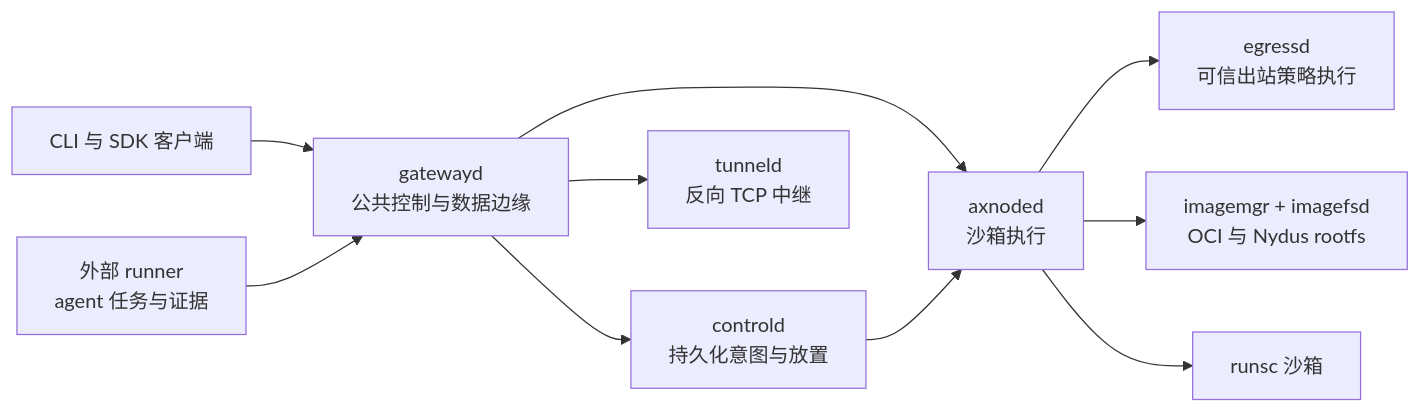
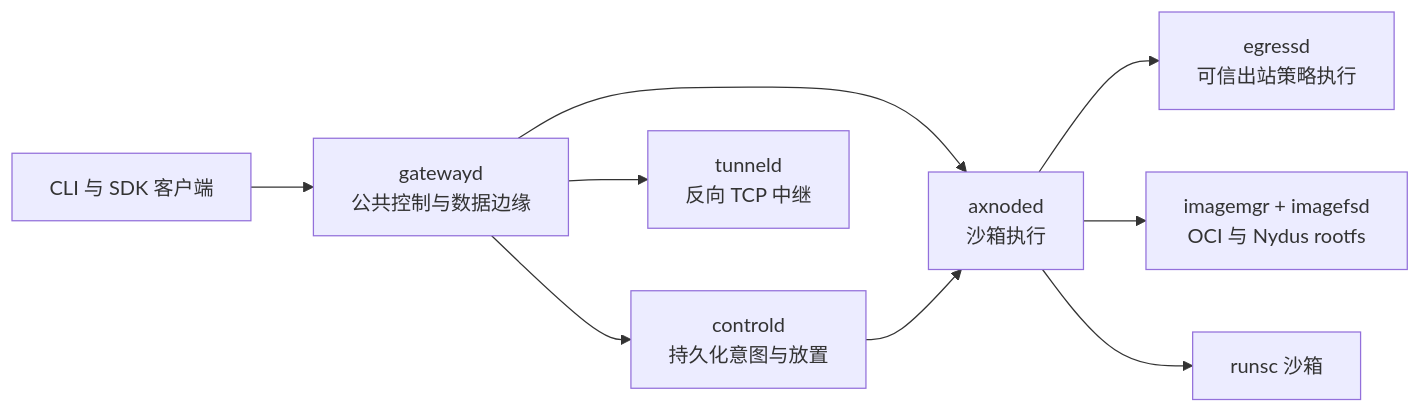
Before and after one commit to cofy-x/axern: the diagram in README.zh-CN.md, drawn with Mermaid. The commit also changed other lines of this file and 296 other files, not shown here.

````diff
--- a/README.zh-CN.md
+++ b/README.zh-CN.md
@@ -86,12 +86,11 @@
 ```mermaid
 flowchart LR
     Client["CLI 与 SDK 客户端"] --> Gateway["gatewayd\n公共控制与数据边缘"]
     Gateway --> Control["controld\n持久化意图与放置"]
     Gateway --> Tunnel["tunneld\n反向 TCP 中继"]
     Gateway --> Node["axnoded\n沙箱执行"]
     Control --> Node
     Node --> Egress["egressd\n可信出站策略执行"]
     Node --> Image["imagemgr + imagefsd\nOCI 与 Nydus rootfs"]
     Node --> Runtime["runsc 沙箱"]
-    Runner["外部 runner\nagent 任务与证据"] --> Gateway
 ```
````
